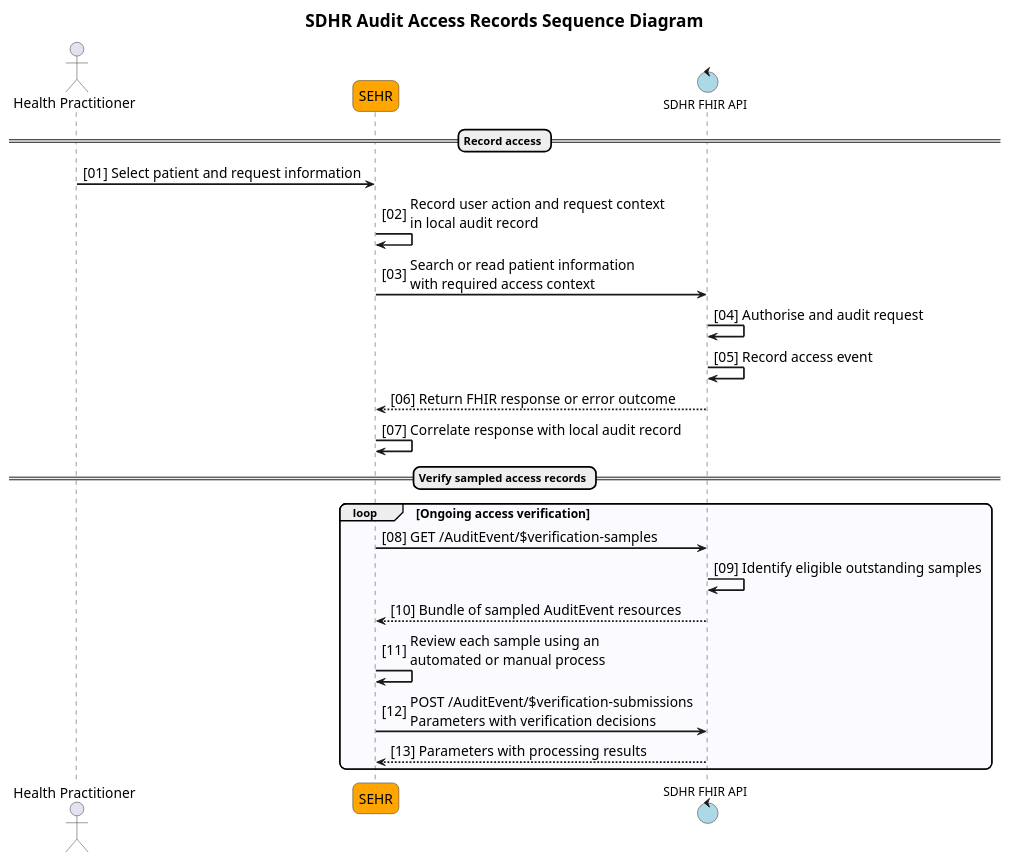
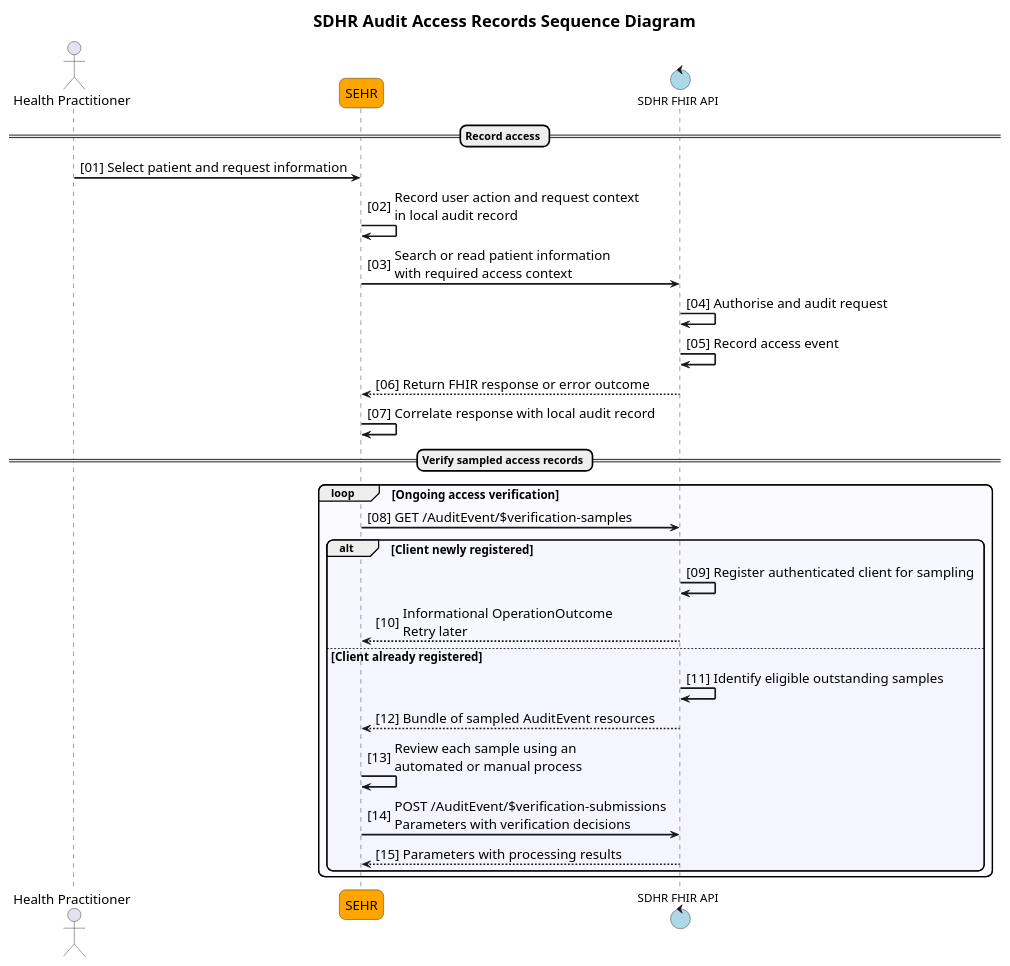
One commit to tewhatuora/fhir-sdhr changed the diagram in input/images-source/verification-workflow-overview.plantuml. Above: the diagram before and after it, drawn with PlantUML. The commit also changed 9 other files, not shown here.

Commit message:
Align verification sampling profiles and operation documentation

```diff
--- a/input/images-source/verification-workflow-overview.plantuml
+++ b/input/images-source/verification-workflow-overview.plantuml
@@ -1,55 +1,60 @@
 @startuml
 
 title SDHR Audit Access Records Sequence Diagram
 
 autonumber "<color:Black>[00]"
 
 skinparam ActorFontSize 16
 skinparam ArrowFontSize 12
 skinparam ArrowFontSize 16
 skinparam BoxPadding 5
 skinparam DatabaseFontSize 16
 skinparam dpi 400
 skinparam EntityFontSize 16
 skinparam MaxMessageSize 375
 skinparam NoteFontSize 14
 skinparam ParticipantFontSize 16
 skinparam ParticipantPadding 5
 skinparam responseMessageBelowArrow true
 skinparam roundcorner 15
 skinparam sequenceArrowThickness 2
 skinparam SequenceBoxFontSize 16
 skinparam sequencegroupfontsize 14
 skinparam SequenceMessageAlignment left
 skinparam sequenceStyle uml2
 skinparam TitleFontSize 20
 skinparam SequenceGroupBodyBackgroundColor #EEEEFF50
 
 scale max 260 width
 
 actor "Health Practitioner" as USER
 participant "SEHR" as APP #Orange
 control "SDHR FHIR API" as FHIRAPI #LightBlue
 
 == Record access ==
 
 USER -> APP : Select patient and request information
 APP -> APP : Record user action and request context\nin local audit record
 APP -> FHIRAPI : Search or read patient information\nwith required access context
 FHIRAPI -> FHIRAPI : Authorise and audit request
 FHIRAPI -> FHIRAPI : Record access event
 FHIRAPI --> APP : Return FHIR response or error outcome
 APP -> APP : Correlate response with local audit record
 
 == Verify sampled access records ==
 
 loop Ongoing access verification
     APP -> FHIRAPI : GET /AuditEvent/$verification-samples
+    alt Client newly registered
+        FHIRAPI -> FHIRAPI : Register authenticated client for sampling
+        FHIRAPI --> APP : Informational OperationOutcome\nRetry later
+    else Client already registered
     FHIRAPI -> FHIRAPI : Identify eligible outstanding samples
     FHIRAPI --> APP : Bundle of sampled AuditEvent resources
     APP -> APP : Review each sample using an\nautomated or manual process
     APP -> FHIRAPI : POST /AuditEvent/$verification-submissions\nParameters with verification decisions
     FHIRAPI --> APP : Parameters with processing results
+    end
 end
 
 @enduml
```
